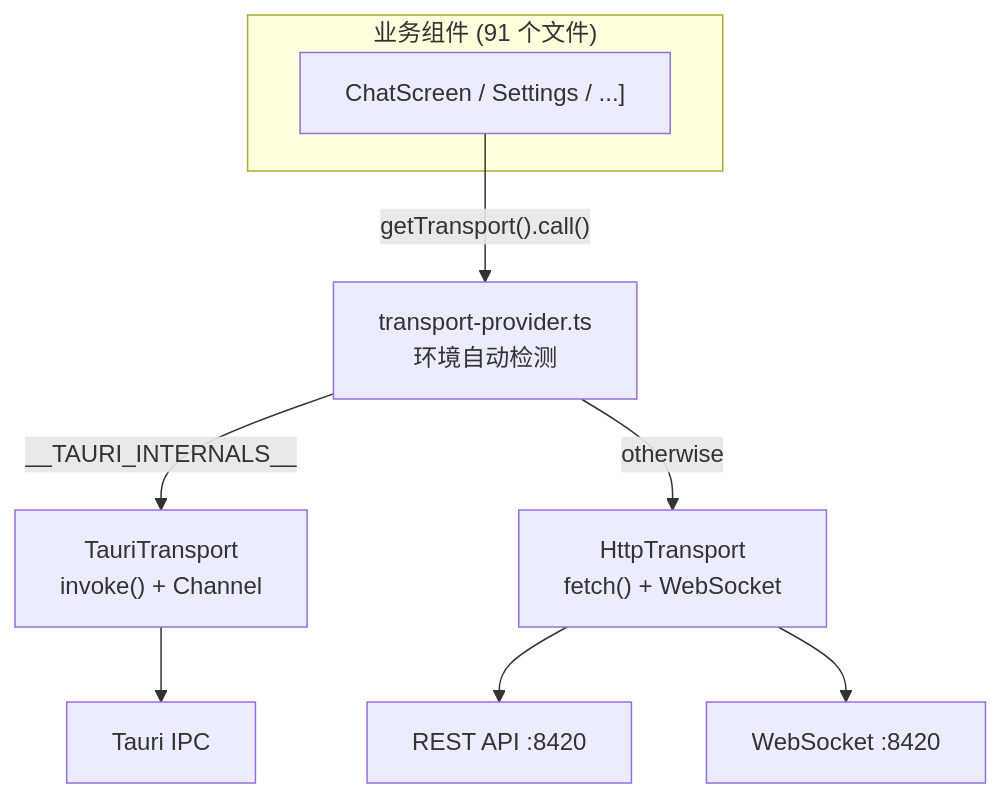
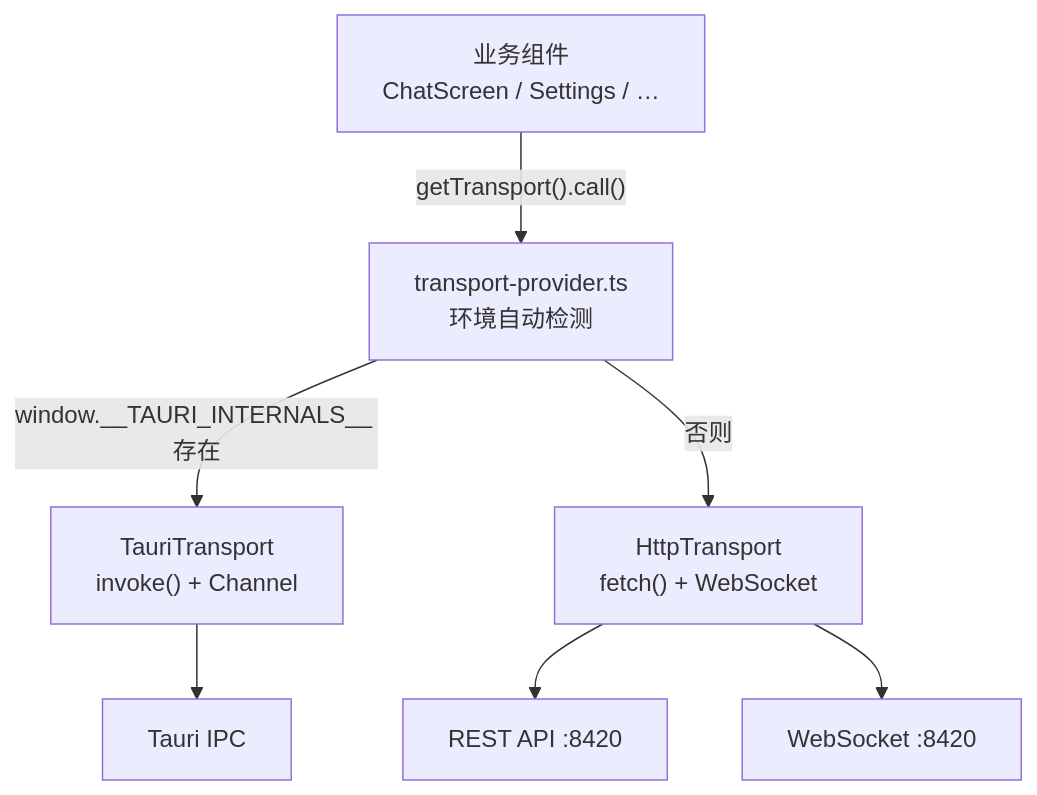
One commit to shiwenwen/hope-agent changed the fifth of 6 diagrams in docs/architecture/backend-separation.md. Above: the diagram before and after it, drawn with Mermaid. The commit also changed other lines of this file and 2 other files, not shown here.

First line of the commit message:
🦭docs: 大件一遍稿（backend-separation/provider-system/memory）——待补对抗校验

````diff
--- a/docs/architecture/backend-separation.md
+++ b/docs/architecture/backend-separation.md
@@ -1091,15 +459,12 @@
 ```mermaid
 graph TD
-    subgraph "业务组件 (91 个文件)"
-        Comp["ChatScreen / Settings / ...]"]
-    end
-
+    Comp["业务组件<br/>ChatScreen / Settings / …"]
     Comp -->|"getTransport().call()"| Provider["transport-provider.ts<br/>环境自动检测"]
 
-    Provider -->|"__TAURI_INTERNALS__"| Tauri["TauriTransport<br/>invoke() + Channel"]
-    Provider -->|"otherwise"| HTTP["HttpTransport<br/>fetch() + WebSocket"]
+    Provider -->|"window.__TAURI_INTERNALS__ 存在"| Tauri["TauriTransport<br/>invoke() + Channel"]
+    Provider -->|"否则"| HTTP["HttpTransport<br/>fetch() + WebSocket"]
 
     Tauri --> IPC["Tauri IPC"]
     HTTP --> REST["REST API :8420"]
     HTTP --> WS["WebSocket :8420"]
 ```
````
